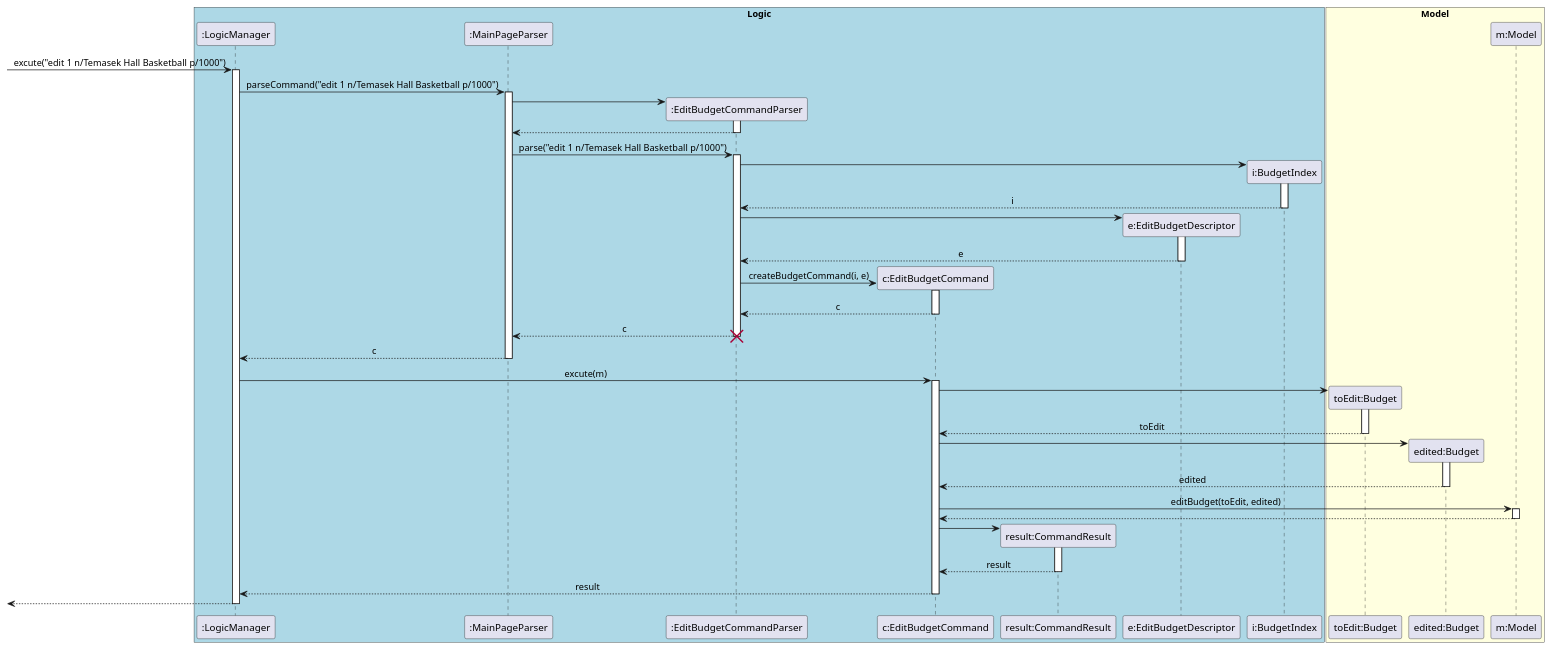
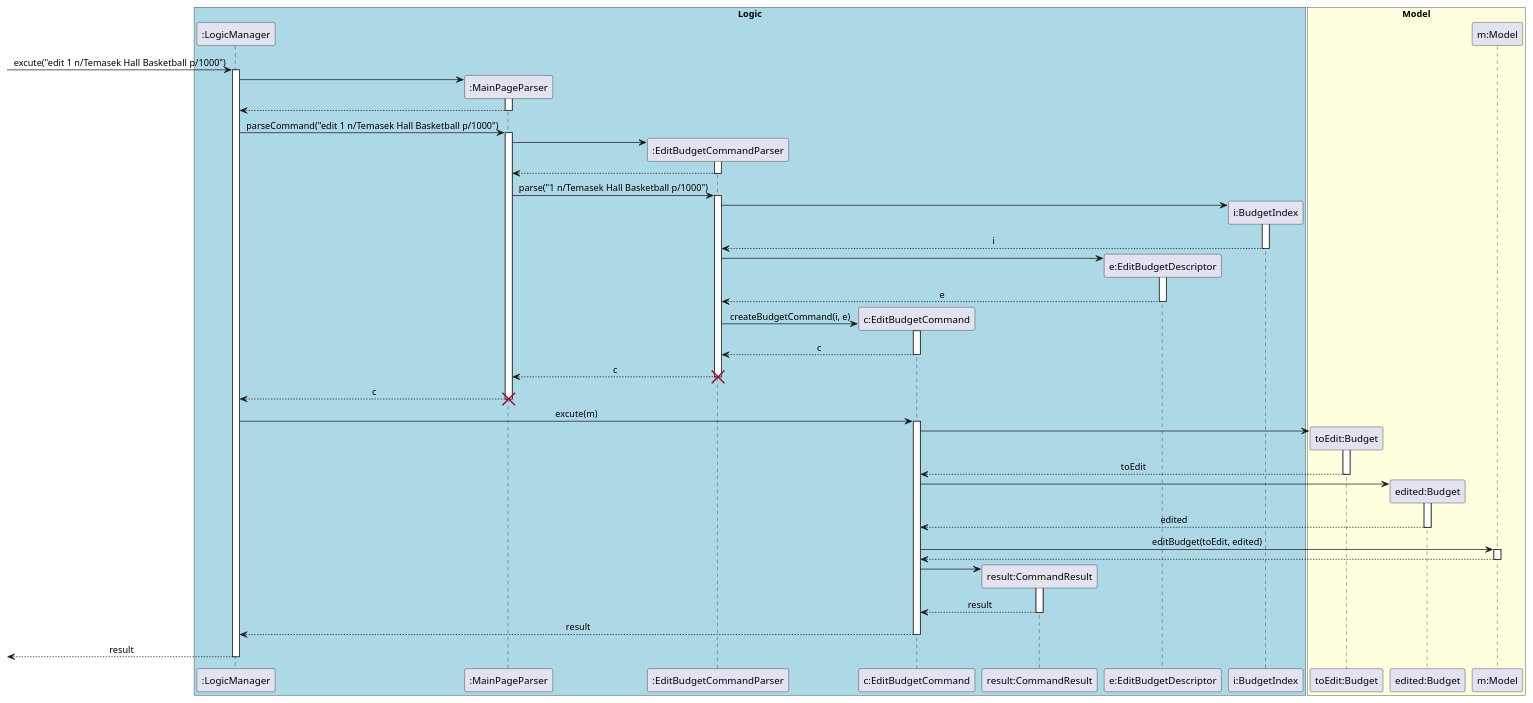
The diagram in docs/diagrams/commandsPlantUML/EditBudgetCommand.puml (yu-ming-chen/tp), drawn with PlantUML before and after one commit. The commit also changed 12 other files, not shown here.

Commit message:
Edit sequence diagram in Dg

```diff
--- a/docs/diagrams/commandsPlantUML/EditBudgetCommand.puml
+++ b/docs/diagrams/commandsPlantUML/EditBudgetCommand.puml
@@ -1,90 +1,96 @@
 @startuml
 skinparam Sequence {
     MessageAlign center
 }
 box "Logic" #LightBlue
 participant ":LogicManager" as LM
 participant ":MainPageParser" as MPP
 participant ":EditBudgetCommandParser" as EBCP
 participant "c:EditBudgetCommand" as EBC
 participant "result:CommandResult" as CR
 participant "e:EditBudgetDescriptor" as EBD
 participant "i:BudgetIndex" as BI
 end box
 
 box "Model" #LightYellow
 participant "toEdit:Budget" as toEditBudget
 participant "edited:Budget" as editedBudget
 participant "m:Model" as M
 end box
 
 [-> LM : excute("edit 1 n/Temasek Hall Basketball p/1000")
 activate LM
+create MPP
+LM -> MPP
+activate MPP
+LM <-- MPP
+deactivate MPP
 LM -> MPP : parseCommand("edit 1 n/Temasek Hall Basketball p/1000")
 activate MPP
 
 create EBCP
 MPP -> EBCP
 activate EBCP
 MPP <-- EBCP
 deactivate EBCP
-MPP -> EBCP : parse("edit 1 n/Temasek Hall Basketball p/1000")
+MPP -> EBCP : parse("1 n/Temasek Hall Basketball p/1000")
 activate EBCP
 
 create BI
 EBCP -> BI
 activate BI
 EBCP <-- BI : i
 deactivate BI
 
 create EBD
 EBCP -> EBD
 activate EBD
 EBCP <-- EBD : e
 deactivate EBD
 
 create EBC
 EBCP -> EBC : createBudgetCommand(i, e)
 activate EBC
 EBCP <-- EBC : c
 deactivate EBC
 MPP <-- EBCP : c
 
 destroy EBCP
 
 deactivate EBCP
 LM <-- MPP : c
 deactivate MPP
+destroy MPP
 
 LM -> EBC: excute(m)
 
 activate EBC
 create toEditBudget
 EBC -> toEditBudget
 activate toEditBudget
 EBC <-- toEditBudget : toEdit
 deactivate toEditBudget
 
 create editedBudget
 EBC -> editedBudget
 activate editedBudget
 EBC <-- editedBudget : edited
 deactivate editedBudget
 
 EBC -> M : editBudget(toEdit, edited)
 activate M
 EBC <-- M
 deactivate M
 
 create CR
 EBC -> CR
 activate CR
 EBC <-- CR : result
 deactivate CR
 
 LM <-- EBC: result
 deactivate EBC
-[<-- LM
+[<-- LM: result
 deactivate LM
 
 @enduml
```
